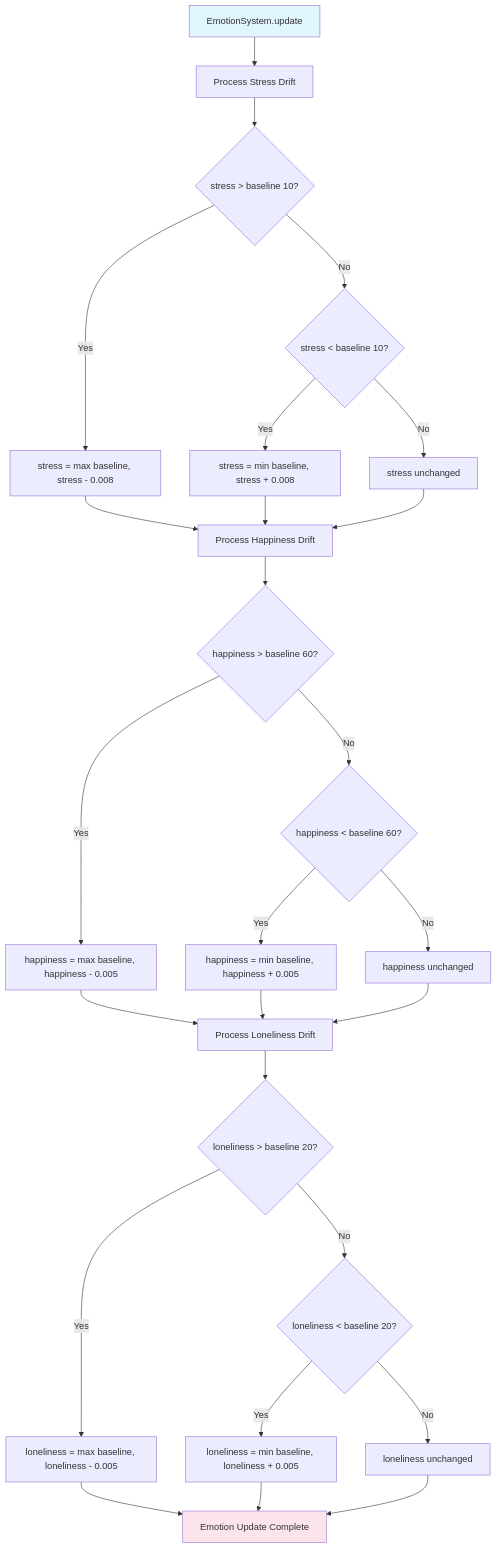
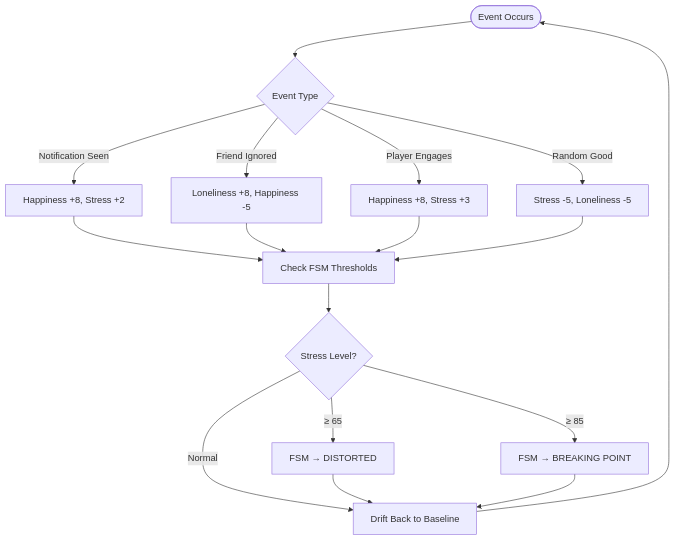
One commit to MNSBaanu/EchoSphere changed the sixth of 8 diagrams in docs/08_Algorithm.md. Above: the diagram before and after it, drawn with Mermaid. The commit also changed other lines of this file, not shown here.

First line of the commit message:
docs(Algorithm): simplify flowcharts and remove pseudocode

````diff
--- a/docs/08_Algorithm.md
+++ b/docs/08_Algorithm.md
@@ -285,36 +117,19 @@
 ```mermaid
 flowchart TD
-    A[EmotionSystem.update] --> B[Process Stress Drift]
-    B --> C{stress > baseline 10?}
-    C -->|Yes| D[stress = max baseline, stress - 0.008]
-    C -->|No| E{stress < baseline 10?}
-    E -->|Yes| F[stress = min baseline, stress + 0.008]
-    E -->|No| G[stress unchanged]
-    
-    D --> H[Process Happiness Drift]
-    F --> H
-    G --> H
-    
-    H --> I{happiness > baseline 60?}
-    I -->|Yes| J[happiness = max baseline, happiness - 0.005]
-    I -->|No| K{happiness < baseline 60?}
-    K -->|Yes| L[happiness = min baseline, happiness + 0.005]
-    K -->|No| M[happiness unchanged]
-    
-    J --> N[Process Loneliness Drift]
-    L --> N
-    M --> N
-    
-    N --> O{loneliness > baseline 20?}
-    O -->|Yes| P[loneliness = max baseline, loneliness - 0.005]
-    O -->|No| Q{loneliness < baseline 20?}
-    Q -->|Yes| R[loneliness = min baseline, loneliness + 0.005]
-    Q -->|No| S[loneliness unchanged]
-    
-    P --> T[Emotion Update Complete]
-    R --> T
-    S --> T
-    
-    style A fill:#e1f5fe
-    style T fill:#fce4ec
+    A([Event Occurs]) --> B{Event Type}
+    B -->|Notification Seen| C[Happiness +8, Stress +2]
+    B -->|Friend Ignored| D[Loneliness +8, Happiness -5]
+    B -->|Player Engages| E[Happiness +8, Stress +3]
+    B -->|Random Good| F[Stress -5, Loneliness -5]
+    C --> G[Check FSM Thresholds]
+    D --> G
+    E --> G
+    F --> G
+    G --> H{Stress Level?}
+    H -->|≥ 65| I[FSM → DISTORTED]
+    H -->|≥ 85| J[FSM → BREAKING POINT]
+    H -->|Normal| K[Drift Back to Baseline]
+    I --> K
+    J --> K
+    K --> A
 ```
````
